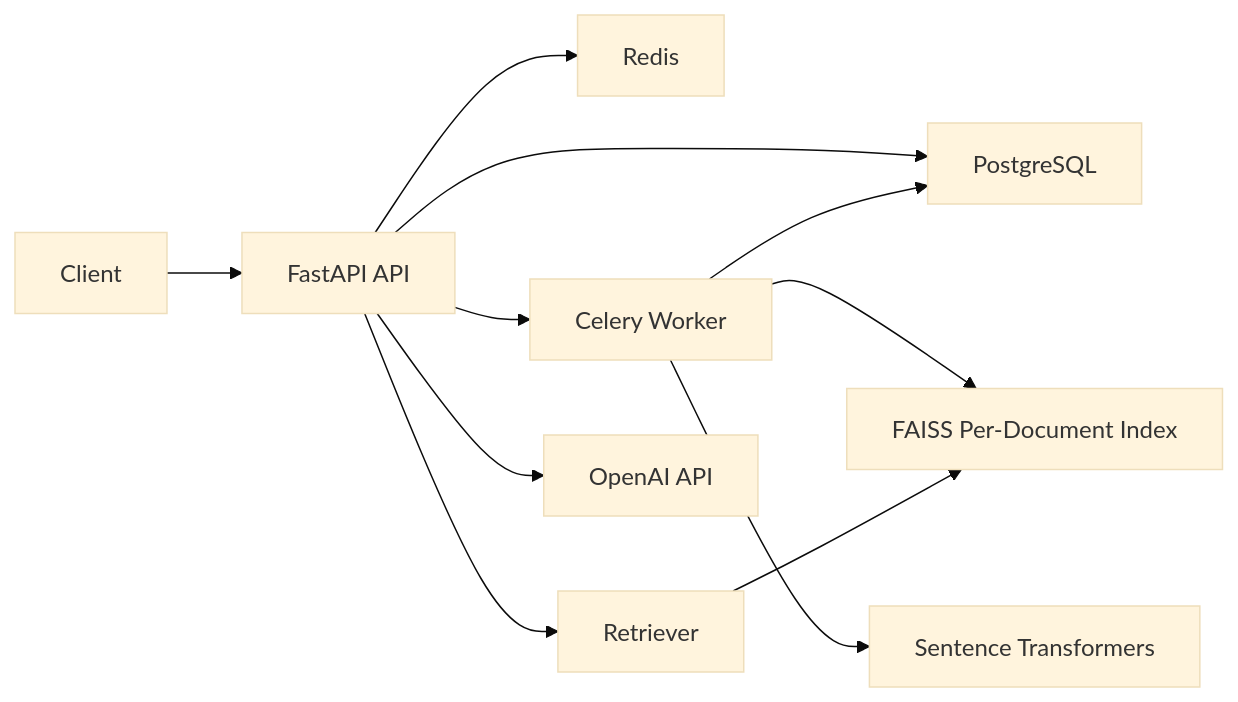
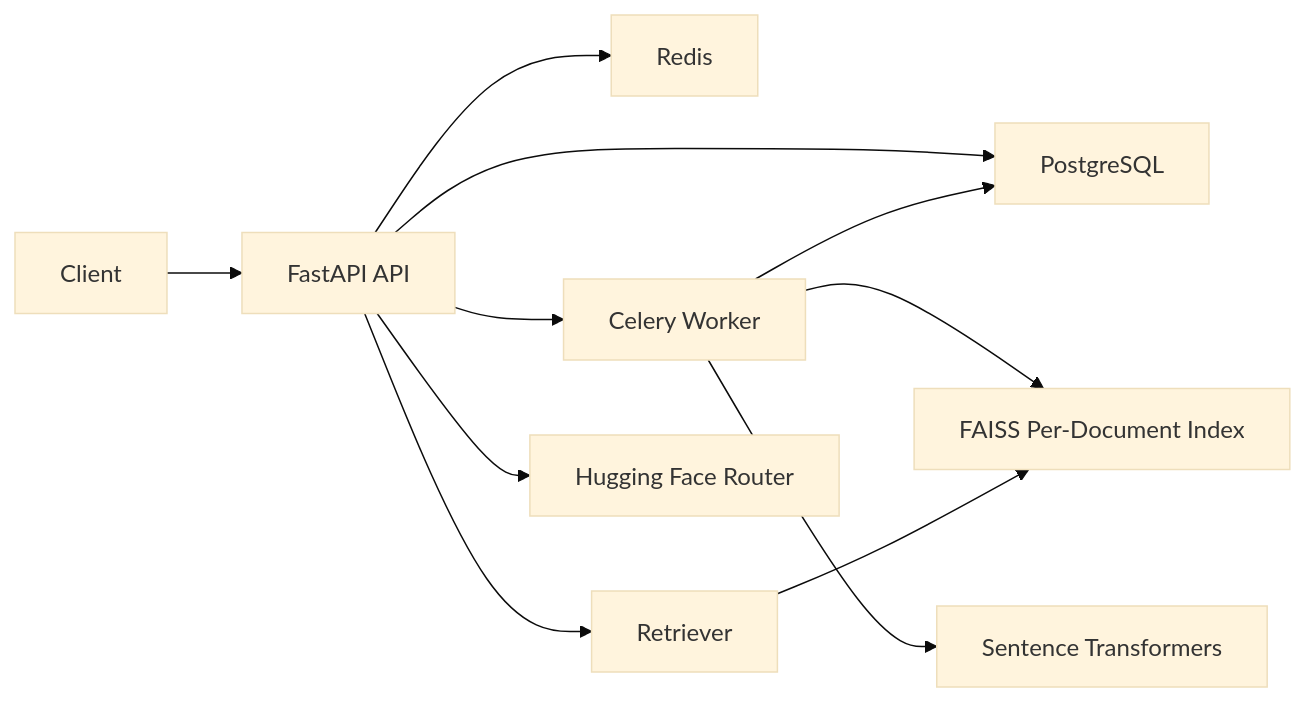
The diagram in README.md (gajulasaikumar/Smart-Document-Q-A-System), drawn with Mermaid (base theme) before and after one commit. The commit also changed other lines of this file and 12 other files, not shown here.

````diff
--- a/README.md
+++ b/README.md
@@ -26,13 +26,13 @@
 ```mermaid
 flowchart LR
     U["Client"] --> A["FastAPI API"]
     A --> P["PostgreSQL"]
     A --> R["Redis"]
     A --> W["Celery Worker"]
     W --> P
     W --> F["FAISS Per-Document Index"]
     W --> E["Sentence Transformers"]
     A --> Q["Retriever"]
     Q --> F
-    A --> O["OpenAI API"]
+    A --> O["Hugging Face Router"]
 ```
````
